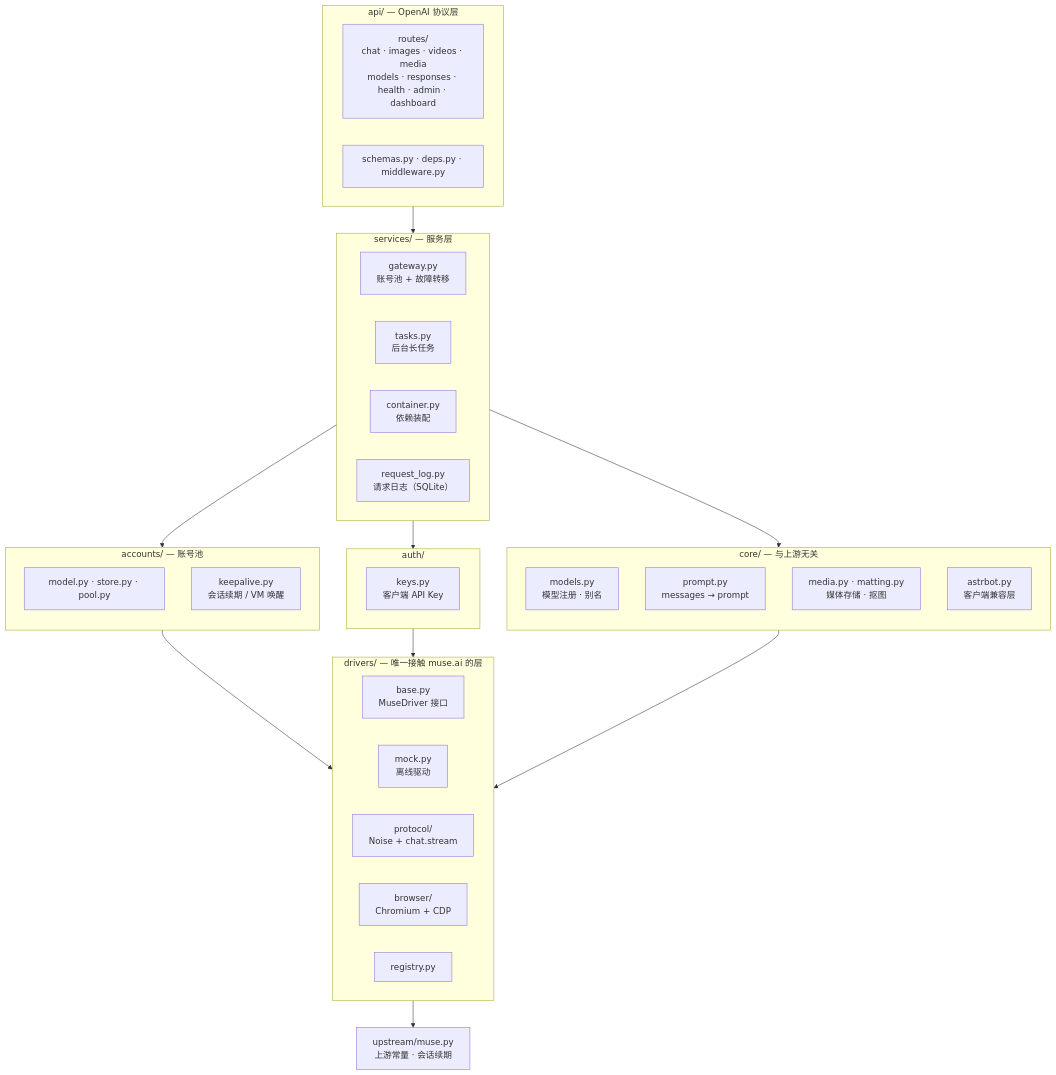
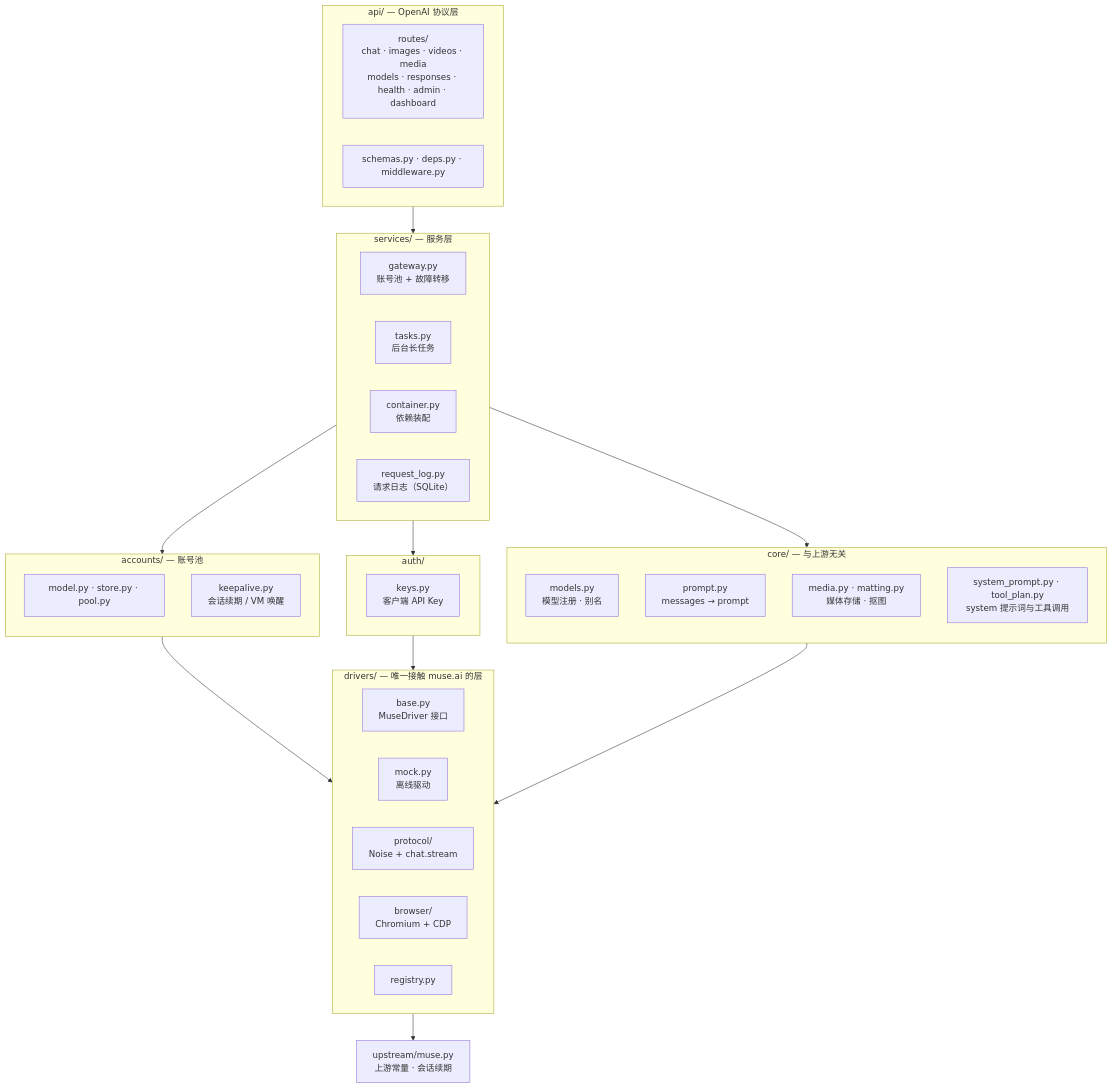
The diagram in docs/ARCHITECTURE.md (yonglanws/muse2api), drawn with Mermaid before and after one commit. The commit also changed other lines of this file and 27 other files, not shown here.

````diff
--- a/docs/ARCHITECTURE.md
+++ b/docs/ARCHITECTURE.md
@@ -5,50 +5,50 @@
 ```mermaid
 flowchart TB
     subgraph api["api/ — OpenAI 协议层"]
         direction LR
         api_routes["routes/<br/>chat · images · videos · media<br/>models · responses · health · admin · dashboard"]
         api_support["schemas.py · deps.py · middleware.py"]
     end
 
     subgraph services["services/ — 服务层"]
         direction LR
         svc_gateway["gateway.py<br/>账号池 + 故障转移"]
         svc_tasks["tasks.py<br/>后台长任务"]
         svc_container["container.py<br/>依赖装配"]
         svc_reqlog["request_log.py<br/>请求日志（SQLite）"]
     end
 
     subgraph accounts["accounts/ — 账号池"]
         direction TB
         acc_pool["model.py · store.py · pool.py"]
         acc_keepalive["keepalive.py<br/>会话续期 / VM 唤醒"]
     end
 
     subgraph auth["auth/"]
         auth_keys["keys.py<br/>客户端 API Key"]
     end
 
     subgraph core["core/ — 与上游无关"]
         direction TB
         core_models["models.py<br/>模型注册 · 别名"]
         core_prompt["prompt.py<br/>messages → prompt"]
         core_media["media.py · matting.py<br/>媒体存储 · 抠图"]
-        core_compat["astrbot.py<br/>客户端兼容层"]
+        core_compat["system_prompt.py · tool_plan.py<br/>system 提示词与工具调用"]
     end
 
     subgraph drivers["drivers/ — 唯一接触 muse.ai 的层"]
         direction LR
         drv_base["base.py<br/>MuseDriver 接口"]
         drv_mock["mock.py<br/>离线驱动"]
         drv_protocol["protocol/<br/>Noise + chat.stream"]
         drv_browser["browser/<br/>Chromium + CDP"]
         drv_registry["registry.py"]
     end
 
     upstream["upstream/muse.py<br/>上游常量 · 会话续期"]
 
     api --> services
     services --> accounts & auth & core
     accounts & auth & core --> drivers
     drivers --> upstream
 ```
````
